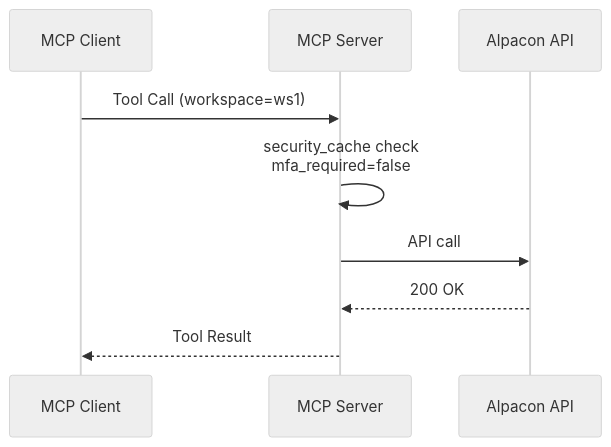
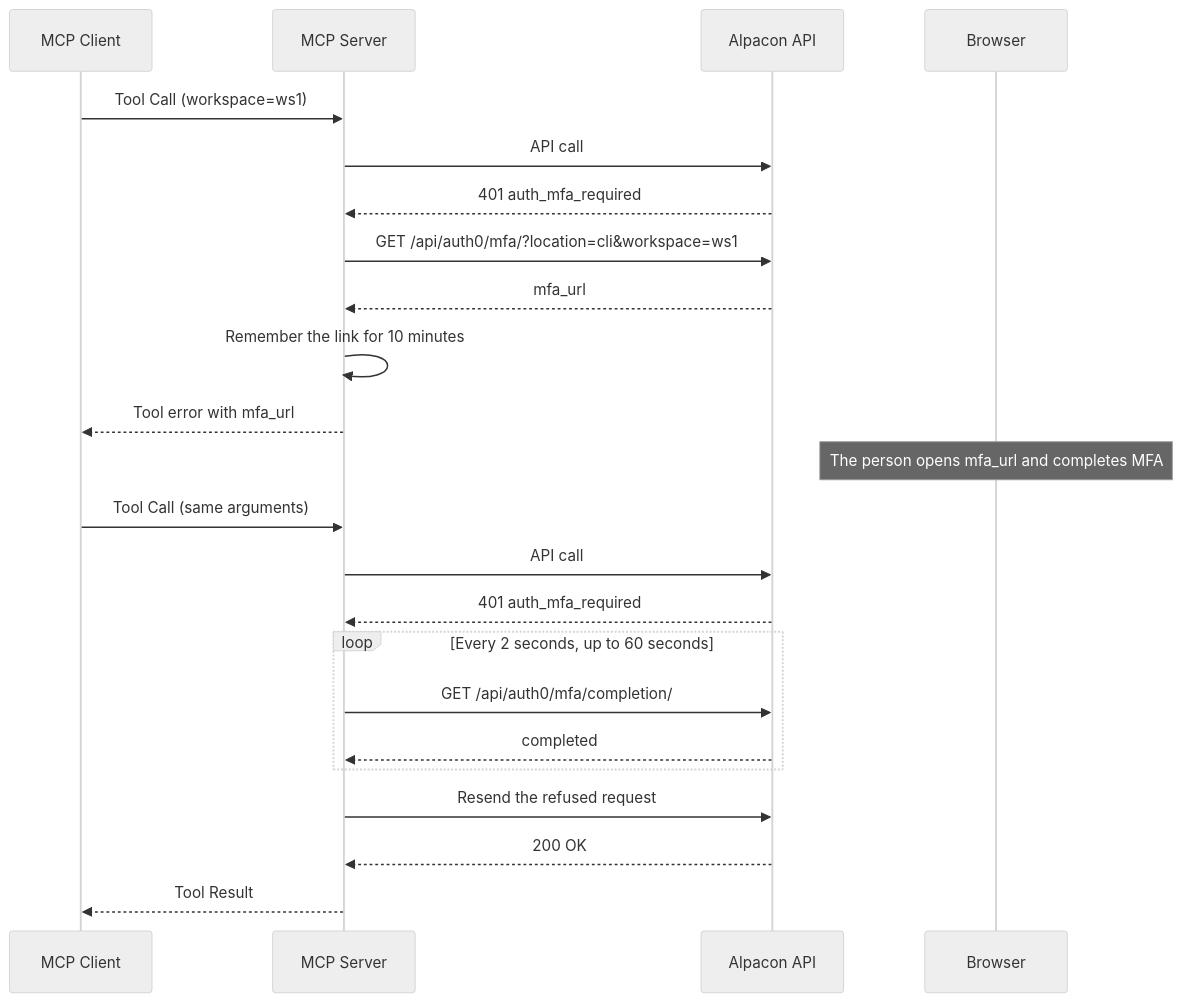
One commit to alpacax/alpacon-mcp changed the first of 2 diagrams in docs/mfa-reauth-flow.md. Above: the diagram before and after it, drawn with Mermaid (neutral theme). The commit also changed other lines of this file and 30 other files, not shown here.

First line of the commit message:
fix(auth): answer action MFA with a step-up link instead of a 403

````diff
--- a/docs/mfa-reauth-flow.md
+++ b/docs/mfa-reauth-flow.md
@@ -17,12 +20,28 @@
 ```mermaid
 sequenceDiagram
     participant C as MCP Client
     participant S as MCP Server
     participant A as Alpacon API
+    participant B as Browser
 
     C->>S: Tool Call (workspace=ws1)
-    S->>S: security_cache check<br/>mfa_required=false
     S->>A: API call
+    A-->>S: 401 auth_mfa_required
+    S->>A: GET /api/auth0/mfa/?location=cli&workspace=ws1
+    A-->>S: mfa_url
+    S->>S: Remember the link for 10 minutes
+    S-->>C: Tool error with mfa_url
+
+    Note over B: The person opens mfa_url and completes MFA
+
+    C->>S: Tool Call (same arguments)
+    S->>A: API call
+    A-->>S: 401 auth_mfa_required
+    loop Every 2 seconds, up to 60 seconds
+        S->>A: GET /api/auth0/mfa/completion/
+        A-->>S: completed
+    end
+    S->>A: Resend the refused request
     A-->>S: 200 OK
     S-->>C: Tool Result
 ```
````
